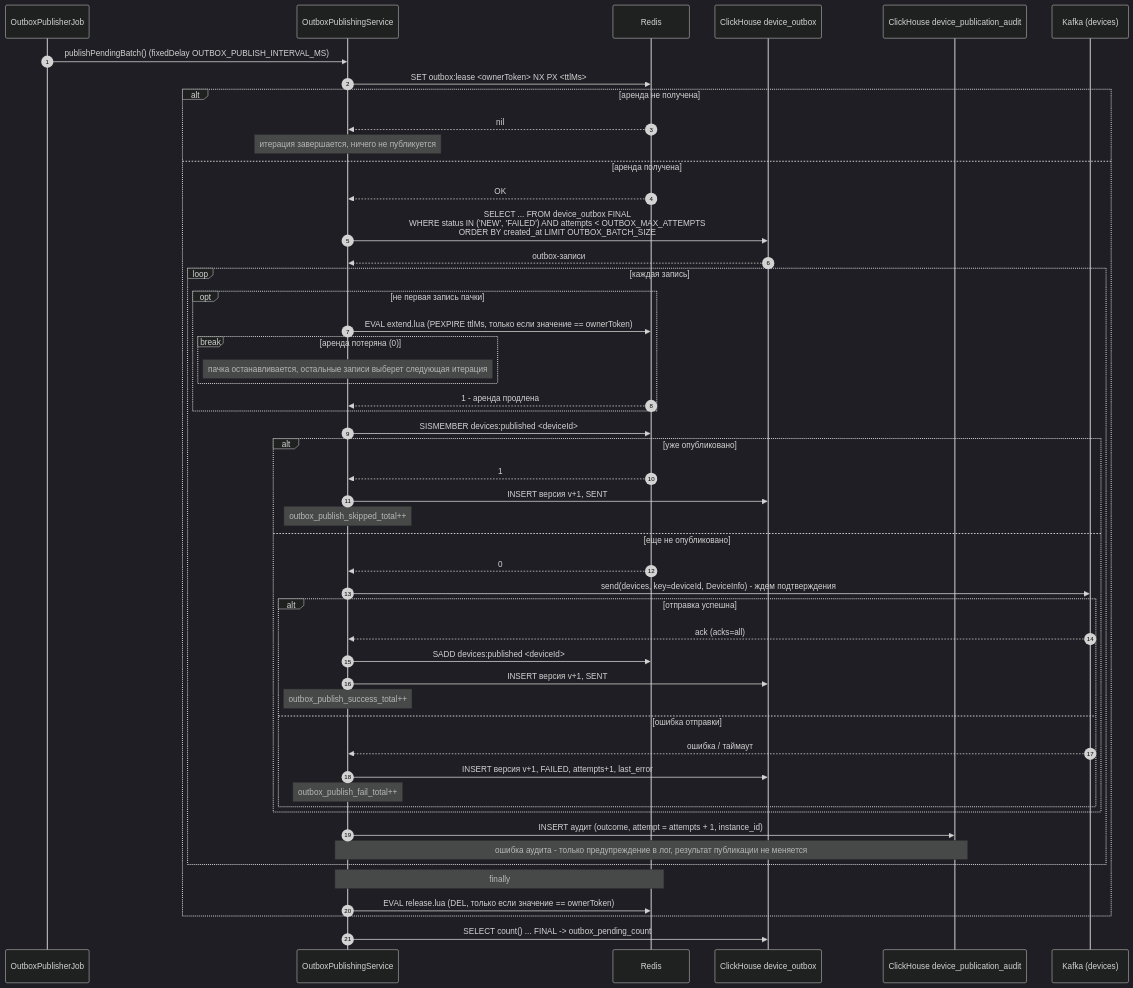
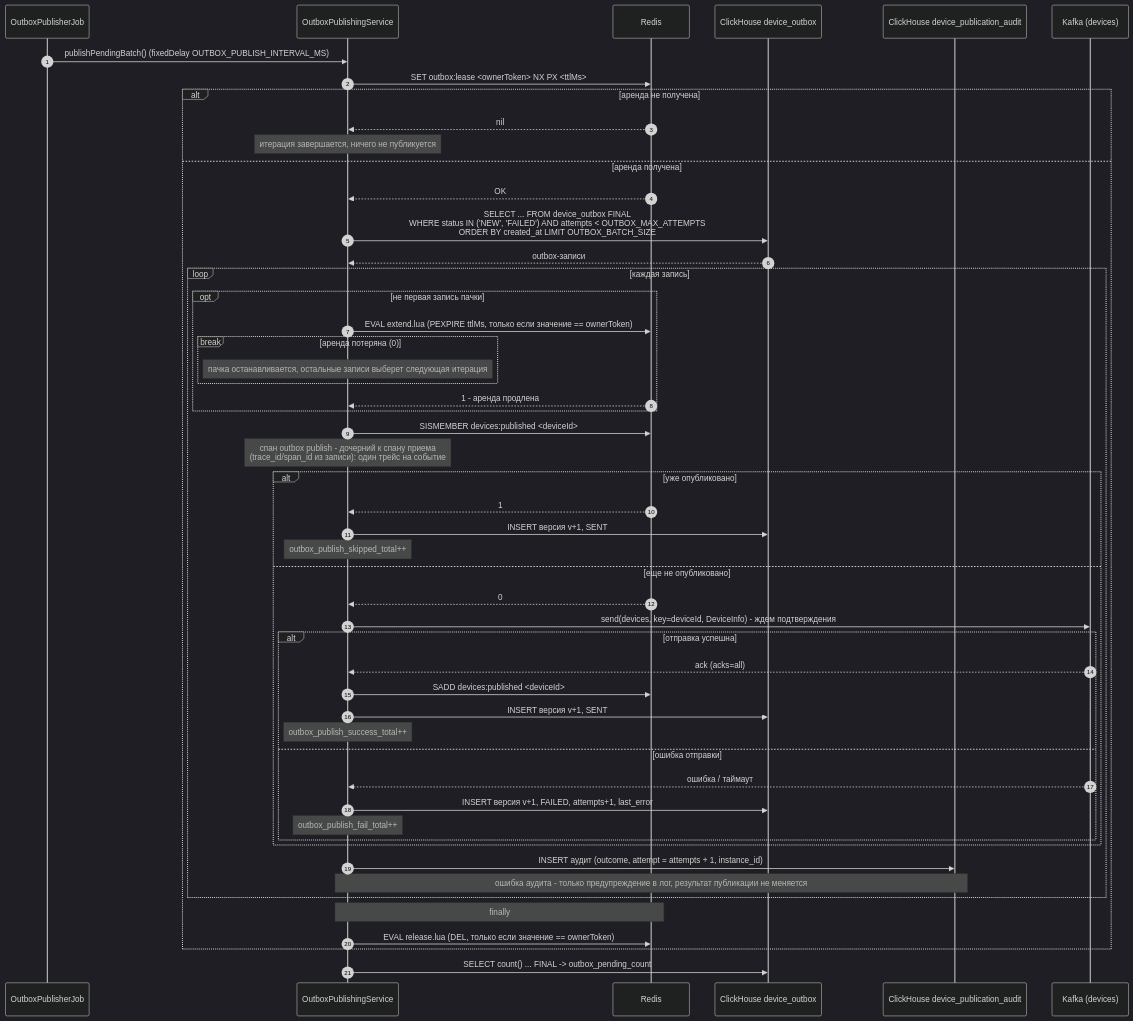
Before and after one commit to gluhov-d/iot-platform: the diagram in diagrams/sequence-outbox-publish.mmd, drawn with Mermaid (dark theme). The commit also changed 20 other files, not shown here.

First line of the commit message:
Добавить сквозной трейс события через device_outbox

```diff
--- a/diagrams/sequence-outbox-publish.mmd
+++ b/diagrams/sequence-outbox-publish.mmd
@@ -1,53 +1,54 @@
 %% Фоновая публикация outbox: один активный публикатор через Redis-аренду
 sequenceDiagram
     autonumber
     participant J as OutboxPublisherJob
     participant P as OutboxPublishingService
     participant R as Redis
     participant CH as ClickHouse device_outbox
     participant A as ClickHouse device_publication_audit
     participant K as Kafka (devices)
 
     J->>P: publishPendingBatch() (fixedDelay OUTBOX_PUBLISH_INTERVAL_MS)
     P->>R: SET outbox:lease <ownerToken> NX PX <ttlMs>
     alt аренда не получена
         R-->>P: nil
         Note over P: итерация завершается, ничего не публикуется
     else аренда получена
         R-->>P: OK
         P->>CH: SELECT ... FROM device_outbox FINAL<br/>WHERE status IN ('NEW', 'FAILED') AND attempts < OUTBOX_MAX_ATTEMPTS<br/>ORDER BY created_at LIMIT OUTBOX_BATCH_SIZE
         CH-->>P: outbox-записи
         loop каждая запись
             opt не первая запись пачки
                 P->>R: EVAL extend.lua (PEXPIRE ttlMs, только если значение == ownerToken)
                 break аренда потеряна (0)
                     Note over P: пачка останавливается, остальные записи выберет следующая итерация
                 end
                 R-->>P: 1 - аренда продлена
             end
             P->>R: SISMEMBER devices:published <deviceId>
+            Note over P: спан outbox publish - дочерний к спану приема<br/>(trace_id/span_id из записи): один трейс на событие
             alt уже опубликовано
                 R-->>P: 1
                 P->>CH: INSERT версия v+1, SENT
                 Note over P: outbox_publish_skipped_total++
             else еще не опубликовано
                 R-->>P: 0
                 P->>K: send(devices, key=deviceId, DeviceInfo) - ждем подтверждения
                 alt отправка успешна
                     K-->>P: ack (acks=all)
                     P->>R: SADD devices:published <deviceId>
                     P->>CH: INSERT версия v+1, SENT
                     Note over P: outbox_publish_success_total++
                 else ошибка отправки
                     K-->>P: ошибка / таймаут
                     P->>CH: INSERT версия v+1, FAILED, attempts+1, last_error
                     Note over P: outbox_publish_fail_total++
                 end
             end
             P->>A: INSERT аудит (outcome, attempt = attempts + 1, instance_id)
             Note over P,A: ошибка аудита - только предупреждение в лог, результат публикации не меняется
         end
         Note over P,R: finally
         P->>R: EVAL release.lua (DEL, только если значение == ownerToken)
     end
     P->>CH: SELECT count() ... FINAL -> outbox_pending_count
```
